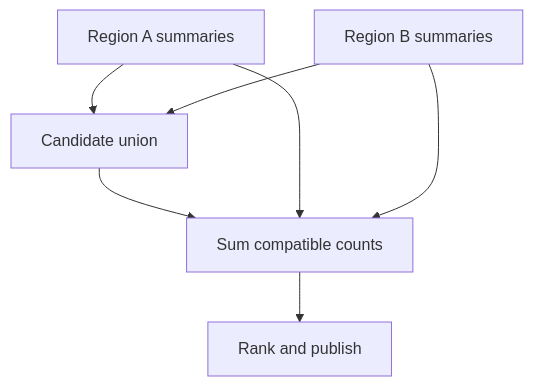
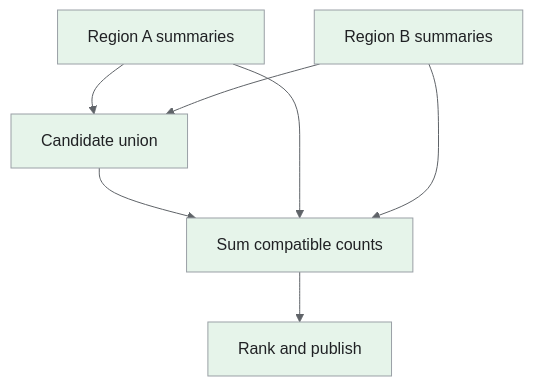
The third of 4 diagrams in _designs/system-design-youtube.md (iliazlobin/iliazlobin.github.io), drawn with Mermaid before and after one commit. The commit also changed other lines of this file and 25 other files, not shown here.

Commit message:
docs: explain Batch B design flows and tradeoffs

````diff
--- a/_designs/system-design-youtube.md
+++ b/_designs/system-design-youtube.md
@@ -246,9 +289,15 @@
 ```mermaid
+%%{init: {'theme':'base','themeVariables':{'primaryColor':'#e8f0fe','primaryTextColor':'#202124','primaryBorderColor':'#9aa0a6','lineColor':'#5f6368','secondaryColor':'#e6f4ea','tertiaryColor':'#fef7e0','actorBkg':'#e8f0fe','actorBorder':'#9aa0a6','actorTextColor':'#202124','noteBkgColor':'#fef7e0','noteTextColor':'#202124','noteBorderColor':'#9aa0a6','signalColor':'#5f6368','signalTextColor':'#202124','labelBoxBkgColor':'#fef7e0','labelBoxBorderColor':'#9aa0a6'}}}%%
 flowchart TB
   A["Region A summaries"] --> U["Candidate union"]
   B["Region B summaries"] --> U
   U --> C["Sum compatible counts"]
   C --> R["Rank and publish"]
   A --> C
   B --> C
+classDef request fill:#e8f0fe,stroke:#9aa0a6,color:#202124;
+classDef data fill:#e6f4ea,stroke:#9aa0a6,color:#202124;
+classDef control fill:#fef7e0,stroke:#9aa0a6,color:#202124;
+class A,B,U,C,R data;
+
 ```
````
